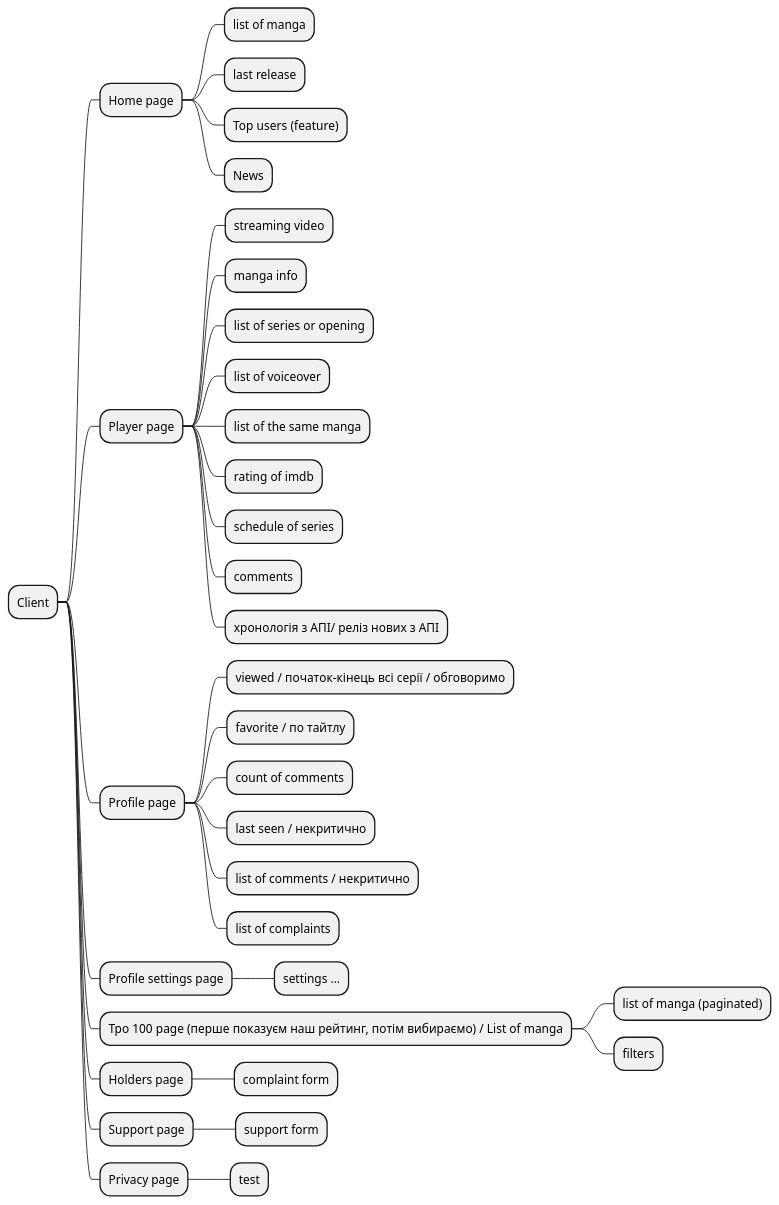
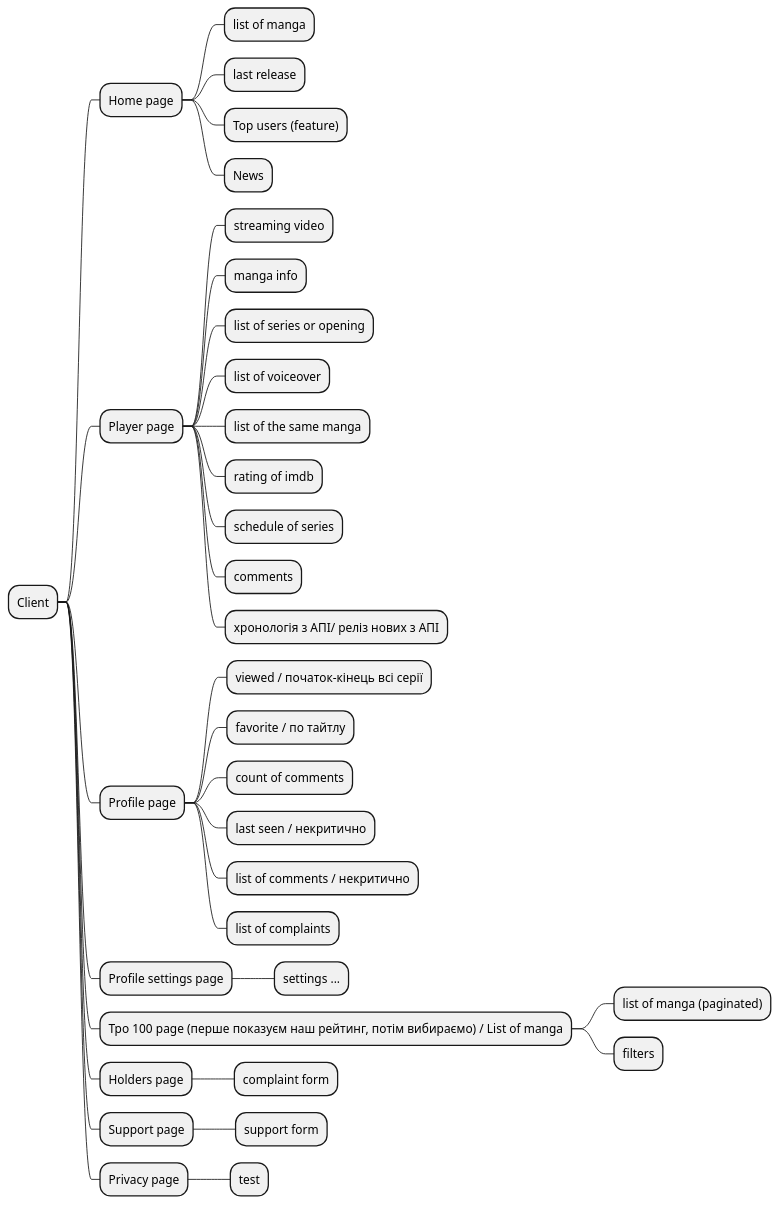
The diagram in docs/functional.puml (test-organization-web/AnimeON), drawn with PlantUML before and after one commit. The commit also changed 49 other files, not shown here.

Commit message:
Added db schema to docs

```diff
--- a/docs/functional.puml
+++ b/docs/functional.puml
@@ -1,37 +1,37 @@
 @startmindmap
 
 * Client
 ** Home page
 *** list of manga
 *** last release
 *** Top users (feature)
 *** News
 ** Player page
 *** streaming video
 *** manga info
 *** list of series or opening
 *** list of voiceover
 *** list of the same manga
 *** rating of imdb
 *** schedule of series
 *** comments
 *** хронологія з АПІ/ реліз нових з АПІ
 ** Profile page
-*** viewed / початок-кінець всі серії / обговоримо
+*** viewed / початок-кінець всі серії
 *** favorite / по тайтлу
 *** count of comments
 *** last seen / некритично
 *** list of comments / некритично
 *** list of complaints
 ** Profile settings page
 *** settings ...
 ** Tpo 100 page (перше показуєм наш рейтинг, потім вибираємо) / List of manga
 *** list of manga (paginated)
 *** filters
 ** Holders page
 *** complaint form
 ** Support page
 *** support form
 ** Privacy page
 *** test
 @endmindmap
```
